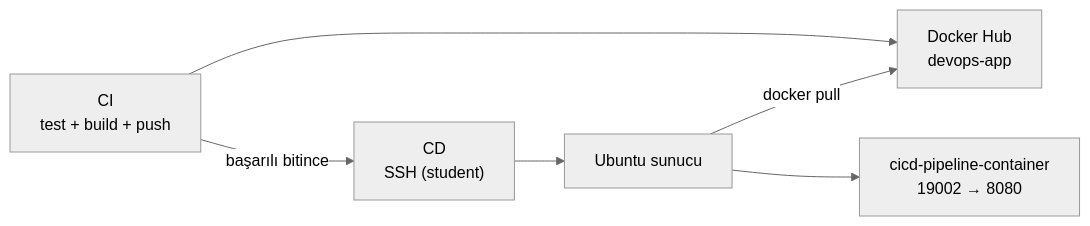
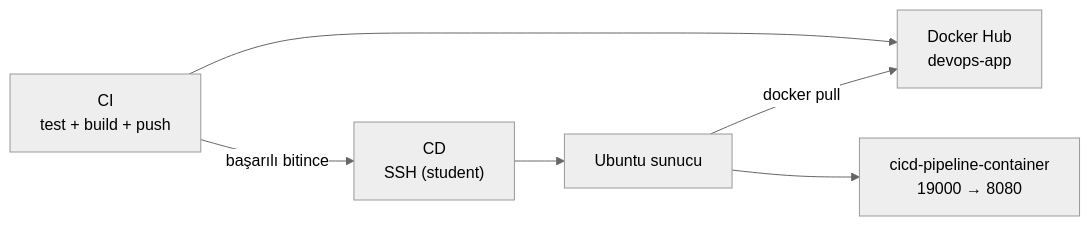
The diagram in README.md (hakanbayraktar/ci-cd-docker), drawn with Mermaid (neutral theme) before and after one commit. The commit also changed other lines of this file and 1 other file, not shown here.

````diff
--- a/README.md
+++ b/README.md
@@ -8,8 +8,8 @@
 ```mermaid
 flowchart LR
     C["CI<br/>test + build + push"] --> H["Docker Hub<br/>devops-app"]
     C -- "başarılı bitince" --> D["CD<br/>SSH (student)"]
     D --> S["Ubuntu sunucu"]
     S -- "docker pull" --> H
-    S --> K["cicd-pipeline-container<br/>19002 → 8080"]
+    S --> K["cicd-pipeline-container<br/>19000 → 8080"]
 ```
````
